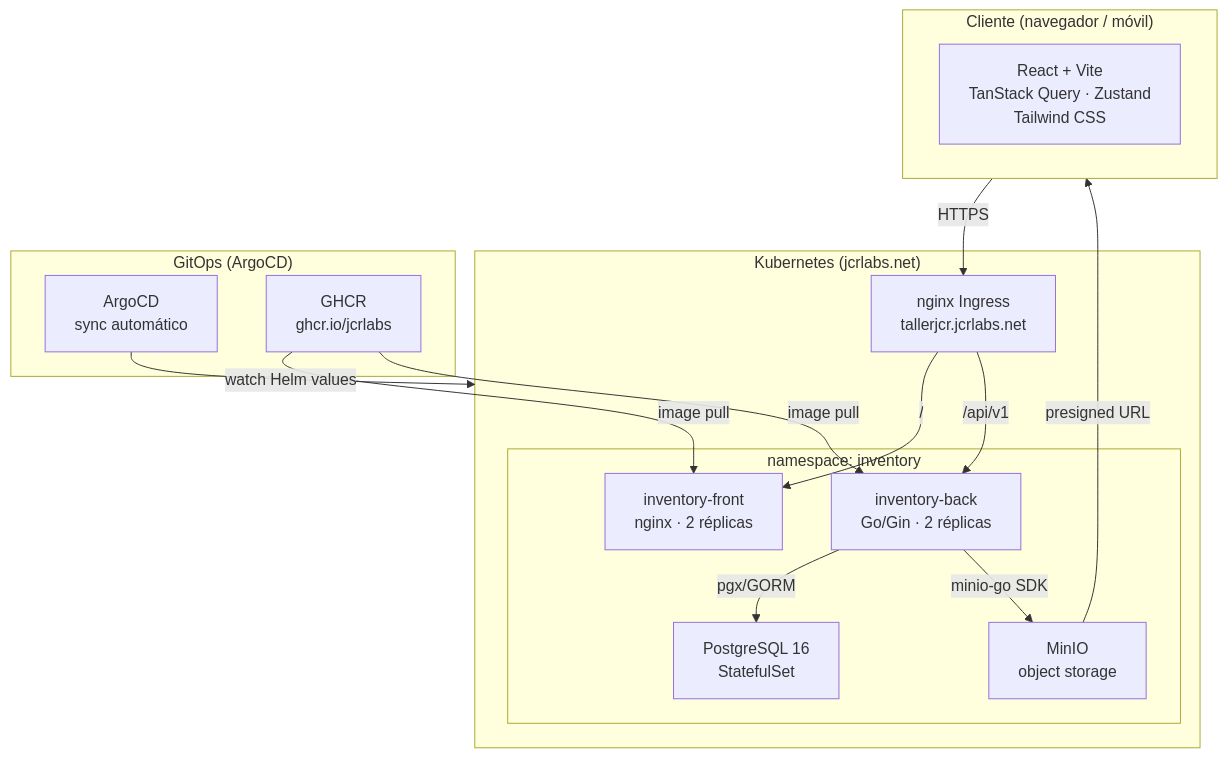
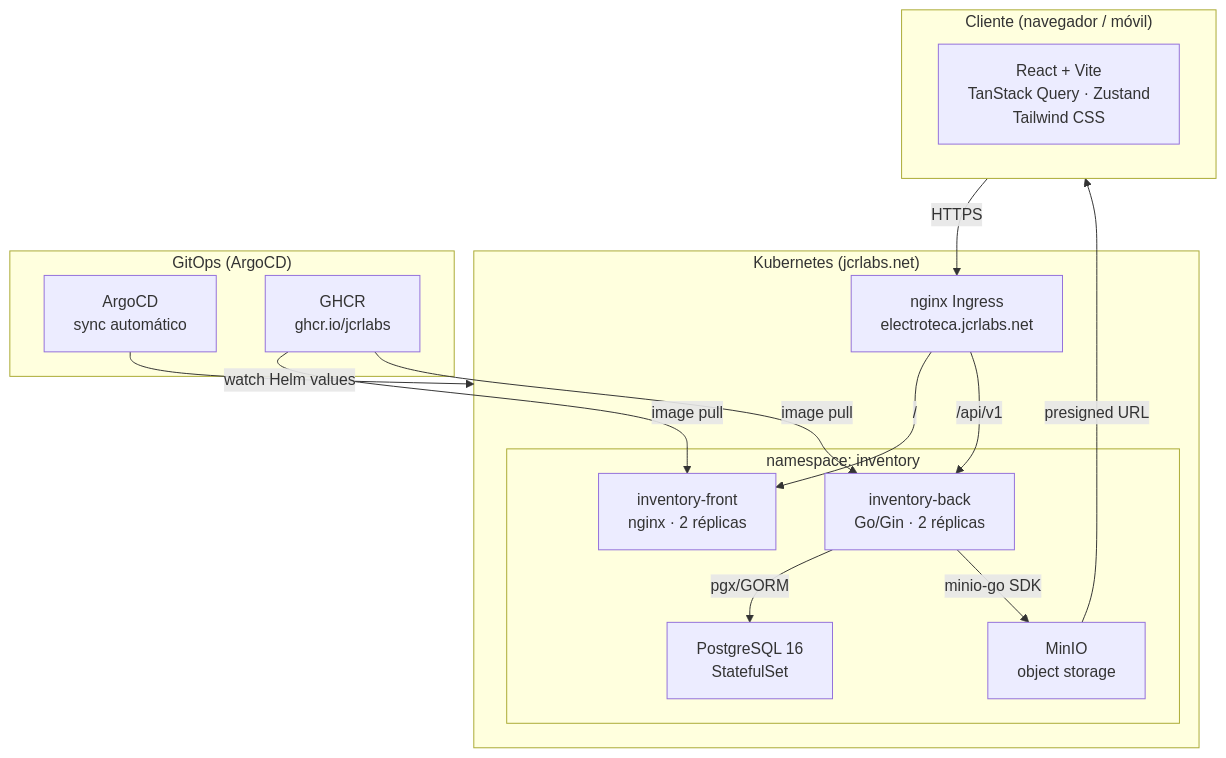
The first of 2 diagrams in docs/ARCHITECTURE.md (jcrlabs/inventory-front), drawn with Mermaid before and after one commit. The commit also changed other lines of this file and 6 other files, not shown here.

Commit message:
chore: renombrar tallerjcr → electroteca en URLs, docs y configs

````diff
--- a/docs/ARCHITECTURE.md
+++ b/docs/ARCHITECTURE.md
@@ -9,31 +9,31 @@
 ```mermaid
 graph TB
     subgraph Cliente["Cliente (navegador / móvil)"]
         FE["React + Vite<br/>TanStack Query · Zustand<br/>Tailwind CSS"]
     end
 
     subgraph K8s["Kubernetes (jcrlabs.net)"]
         subgraph NS["namespace: inventory"]
             FRONT["inventory-front<br/>nginx · 2 réplicas"]
             BACK["inventory-back<br/>Go/Gin · 2 réplicas"]
             PG["PostgreSQL 16<br/>StatefulSet"]
             MINIO["MinIO<br/>object storage"]
         end
-        INGRESS["nginx Ingress<br/>tallerjcr.jcrlabs.net"]
+        INGRESS["nginx Ingress<br/>electroteca.jcrlabs.net"]
     end
 
     subgraph GitOps["GitOps (ArgoCD)"]
         ARGO["ArgoCD<br/>sync automático"]
         GHCR["GHCR<br/>ghcr.io/jcrlabs"]
     end
 
     Cliente -->|HTTPS| INGRESS
     INGRESS -->|/| FRONT
     INGRESS -->|/api/v1| BACK
     BACK -->|pgx/GORM| PG
     BACK -->|minio-go SDK| MINIO
     MINIO -->|presigned URL| Cliente
     GHCR -->|image pull| FRONT
     GHCR -->|image pull| BACK
     ARGO -->|watch Helm values| K8s
 ```
````
